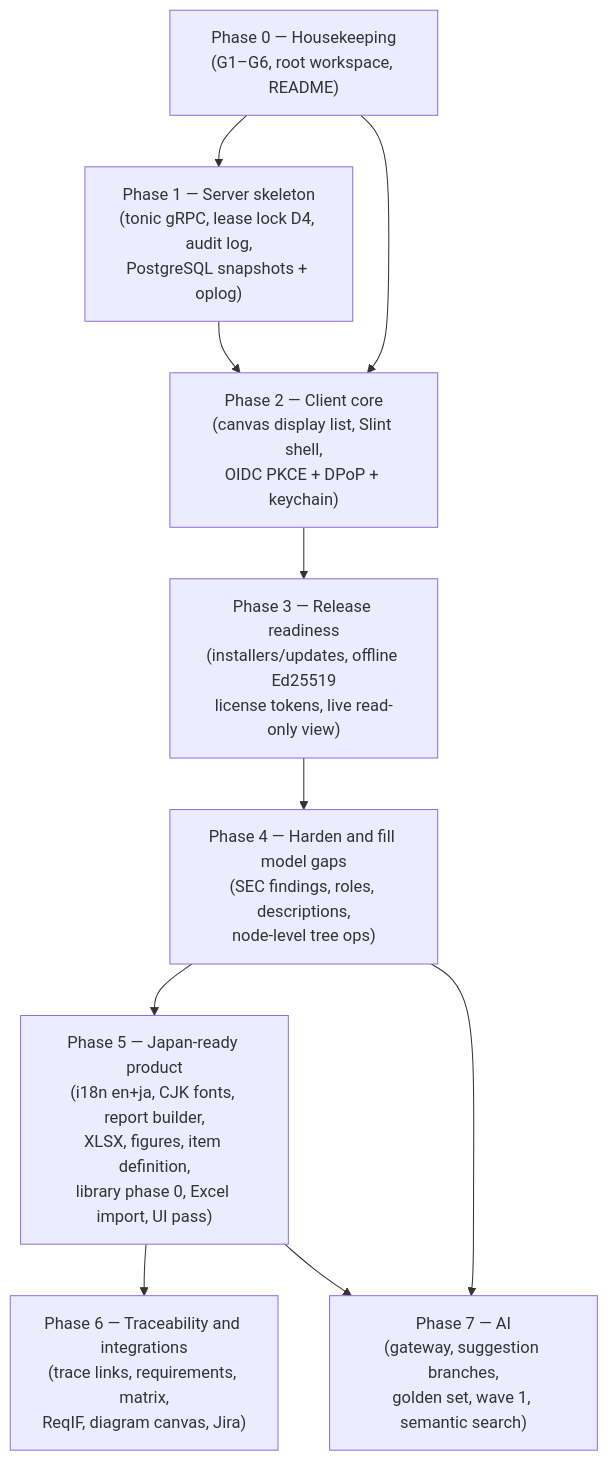
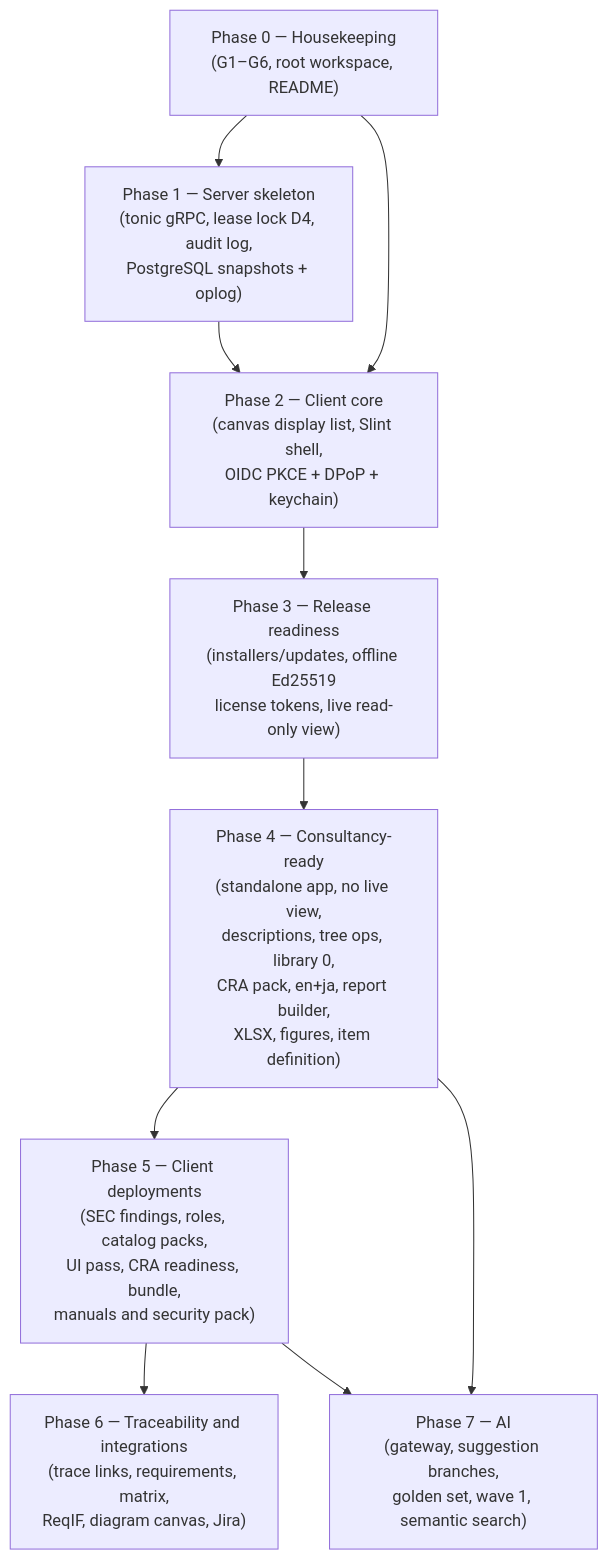
One commit to eNipu/AegisTARA changed the diagram in docs/status-and-roadmap.md. Above: the diagram before and after it, drawn with Mermaid. The commit also changed other lines of this file and 7 other files, not shown here.

First line of the commit message:
Record owner decisions: standalone app, no live view, CRA and other domains

````diff
--- a/docs/status-and-roadmap.md
+++ b/docs/status-and-roadmap.md
@@ -121,20 +121,20 @@
 ```mermaid
 flowchart TD
     P0["Phase 0 — Housekeeping<br/>(G1–G6, root workspace, README)"]
     P1["Phase 1 — Server skeleton<br/>(tonic gRPC, lease lock D4, audit log,<br/>PostgreSQL snapshots + oplog)"]
     P2["Phase 2 — Client core<br/>(canvas display list, Slint shell,<br/>OIDC PKCE + DPoP + keychain)"]
     P3["Phase 3 — Release readiness<br/>(installers/updates, offline Ed25519<br/>license tokens, live read-only view)"]
-    P4["Phase 4 — Harden and fill model gaps<br/>(SEC findings, roles, descriptions,<br/>node-level tree ops)"]
-    P5["Phase 5 — Japan-ready product<br/>(i18n en+ja, CJK fonts, report builder,<br/>XLSX, figures, item definition,<br/>library phase 0, Excel import, UI pass)"]
+    P4["Phase 4 — Consultancy-ready<br/>(standalone app, no live view,<br/>descriptions, tree ops, library 0,<br/>CRA pack, en+ja, report builder,<br/>XLSX, figures, item definition)"]
+    P5["Phase 5 — Client deployments<br/>(SEC findings, roles, catalog packs,<br/>UI pass, CRA readiness, bundle,<br/>manuals and security pack)"]
     P6["Phase 6 — Traceability and integrations<br/>(trace links, requirements, matrix,<br/>ReqIF, diagram canvas, Jira)"]
     P7["Phase 7 — AI<br/>(gateway, suggestion branches,<br/>golden set, wave 1, semantic search)"]
     P0 --> P1
     P0 --> P2
     P1 --> P2
     P2 --> P3
     P3 --> P4
     P4 --> P5
     P5 --> P6
     P4 --> P7
     P5 --> P7
 ```
````
